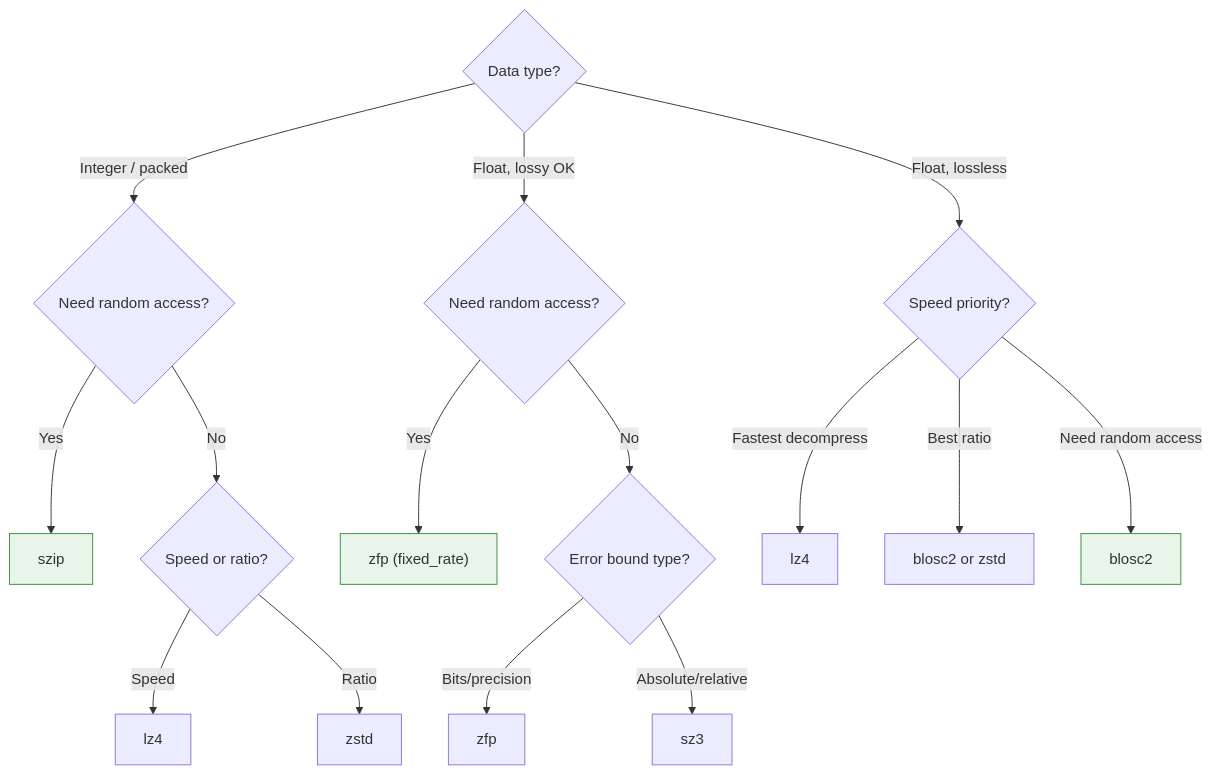
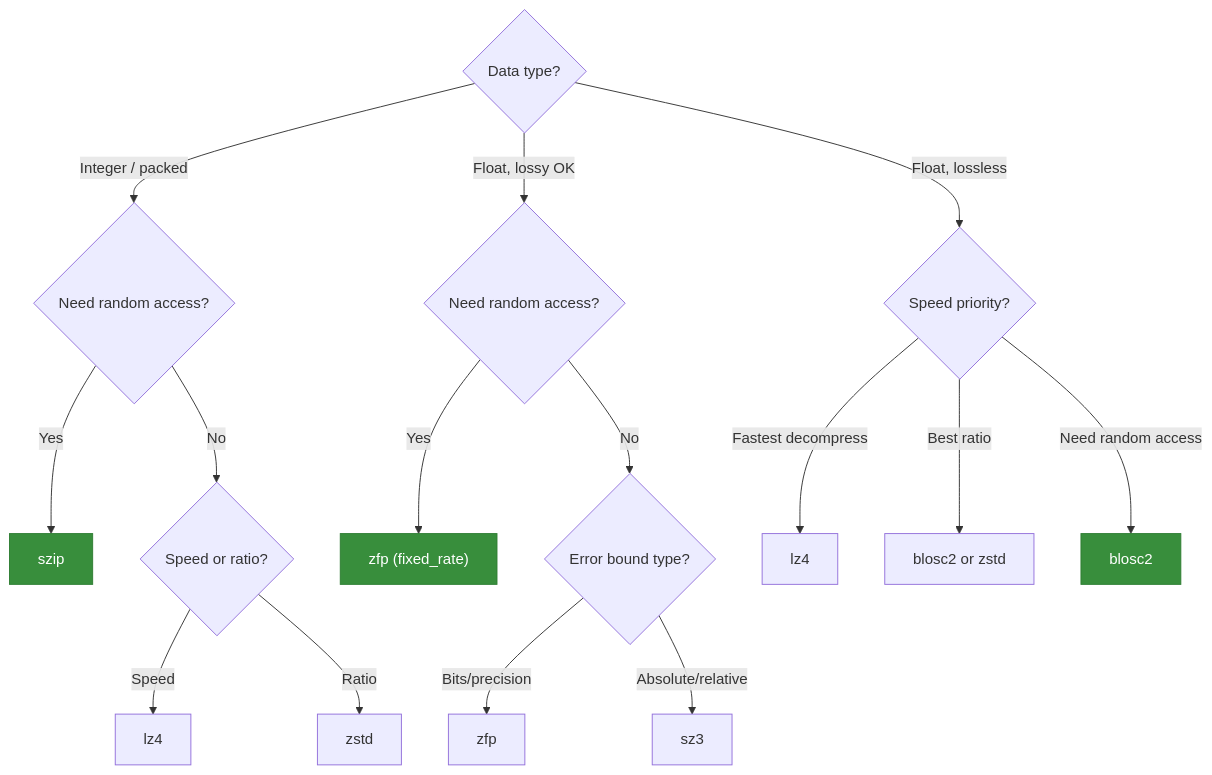
The diagram in docs/src/encodings/compression.md (ecmwf/tensogram), drawn with Mermaid before and after one commit. The commit also changed 5 other files, not shown here.

Commit message:
docs: fix wire-format table alignment, mermaid diagram readability and colors

````diff
--- a/docs/src/encodings/compression.md
+++ b/docs/src/encodings/compression.md
@@ -129,25 +129,25 @@
 ```mermaid
 flowchart TD
     A{"Data type?"}
     A -->|"Integer / packed"| B{"Need random access?"}
     A -->|"Float, lossy OK"| C{"Need random access?"}
     A -->|"Float, lossless"| D{"Speed priority?"}
 
     B -->|Yes| E["szip"]
     B -->|No| F{"Speed or ratio?"}
     F -->|Speed| G["lz4"]
     F -->|Ratio| H["zstd"]
 
     C -->|Yes| I["zfp (fixed_rate)"]
     C -->|No| J{"Error bound type?"}
     J -->|"Bits/precision"| K["zfp"]
     J -->|"Absolute/relative"| L["sz3"]
 
     D -->|"Fastest decompress"| M["lz4"]
     D -->|"Best ratio"| N["blosc2 or zstd"]
     D -->|"Need random access"| O["blosc2"]
 
-    style E fill:#e8f5e9,stroke:#388e3c
-    style I fill:#e8f5e9,stroke:#388e3c
-    style O fill:#e8f5e9,stroke:#388e3c
+    style E fill:#388e3c,stroke:#2e7d32,color:#fff
+    style I fill:#388e3c,stroke:#2e7d32,color:#fff
+    style O fill:#388e3c,stroke:#2e7d32,color:#fff
 ```
````
